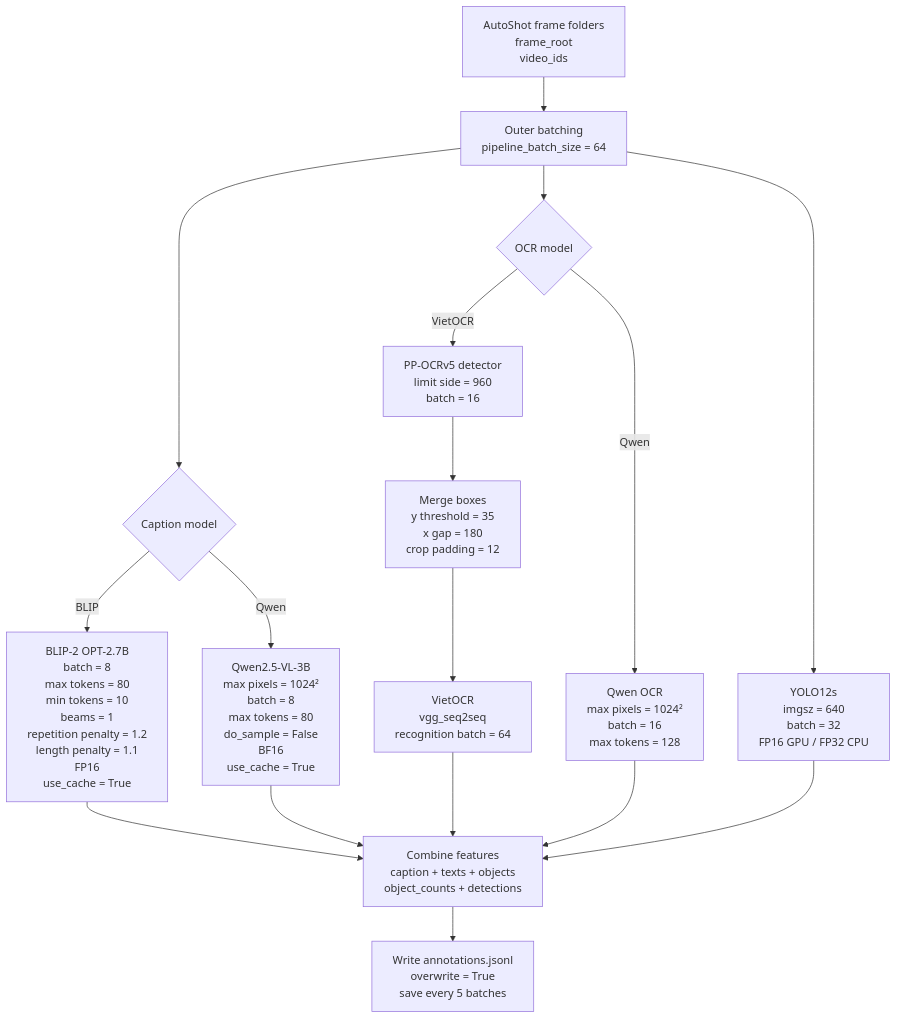
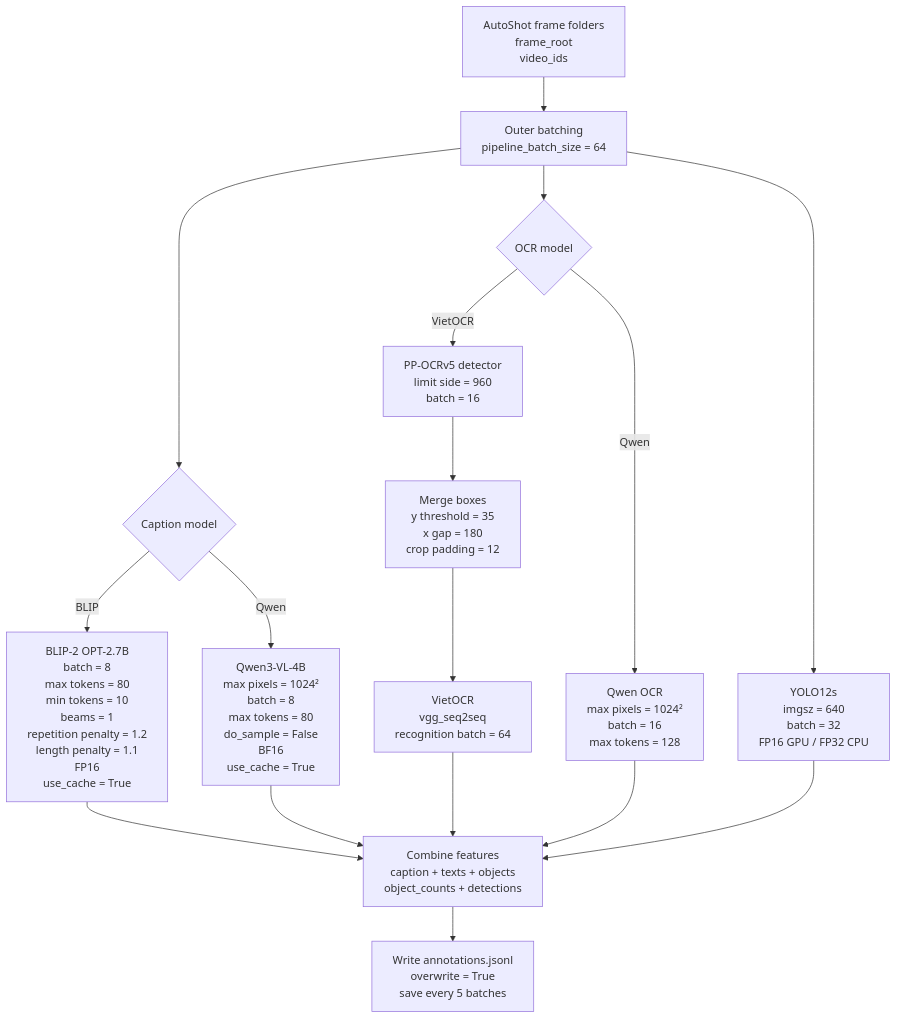
One commit to zintomvn/Multimodal-Retrieval changed the sixth of 17 diagrams in docs/milestones/milestone 3/keynote/AIC-Keynote.md. Above: the diagram before and after it, drawn with Mermaid. The commit also changed 50 other files, not shown here.

````diff
--- a/docs/milestones/milestone 3/keynote/AIC-Keynote.md
+++ b/docs/milestones/milestone 3/keynote/AIC-Keynote.md
@@ -336,28 +336,28 @@
 ```mermaid
 flowchart TD
     A["AutoShot frame folders<br/>frame_root<br/>video_ids"] --> B["Outer batching<br/>pipeline_batch_size = 64"]
 
     B --> C{"Caption model"}
     C -->|BLIP| C1["BLIP-2 OPT-2.7B<br/>batch = 8<br/>max tokens = 80<br/>min tokens = 10<br/>beams = 1<br/>repetition penalty = 1.2<br/>length penalty = 1.1<br/>FP16<br/>use_cache = True"]
-    C -->|Qwen| C2["Qwen2.5-VL-3B<br/>max pixels = 1024²<br/>batch = 8<br/>max tokens = 80<br/>do_sample = False<br/>BF16<br/>use_cache = True"]
+    C -->|Qwen| C2["Qwen3-VL-4B<br/>max pixels = 1024²<br/>batch = 8<br/>max tokens = 80<br/>do_sample = False<br/>BF16<br/>use_cache = True"]
 
     C1 --> D
     C2 --> D
 
     B --> O{"OCR model"}
     O -->|VietOCR| O1["PP-OCRv5 detector<br/>limit side = 960<br/>batch = 16"]
     O1 --> O2["Merge boxes<br/>y threshold = 35<br/>x gap = 180<br/>crop padding = 12"]
     O2 --> O3["VietOCR<br/>vgg_seq2seq<br/>recognition batch = 64"]
 
     O -->|Qwen| O4["Qwen OCR<br/>max pixels = 1024²<br/>batch = 16<br/>max tokens = 128"]
 
     O3 --> D
     O4 --> D
 
     B --> Y["YOLO12s<br/>imgsz = 640<br/>batch = 32<br/>FP16 GPU / FP32 CPU"]
 
     Y --> D["Combine features<br/>caption + texts + objects<br/>object_counts + detections"]
 
     D --> E["Write annotations.jsonl<br/>overwrite = True<br/>save every 5 batches"]
 
 ```
````
